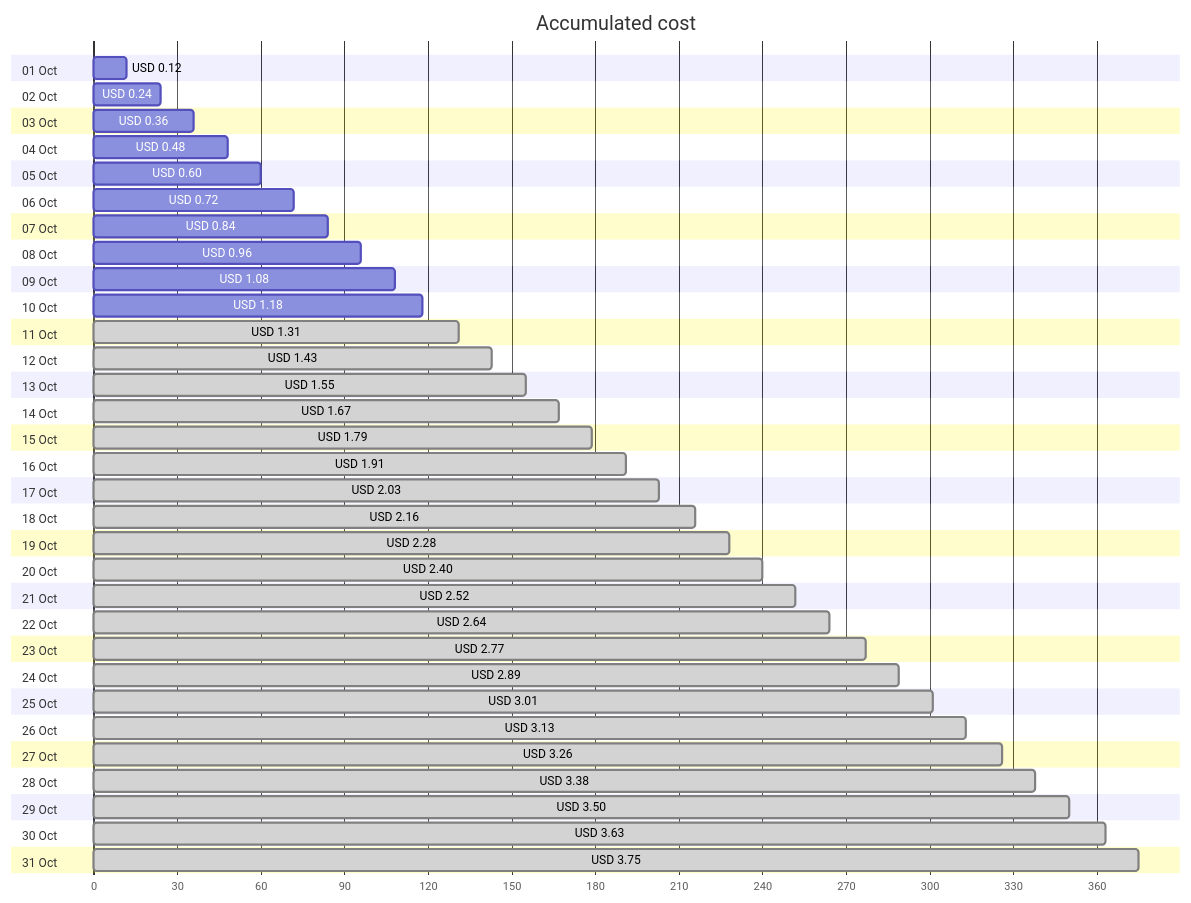
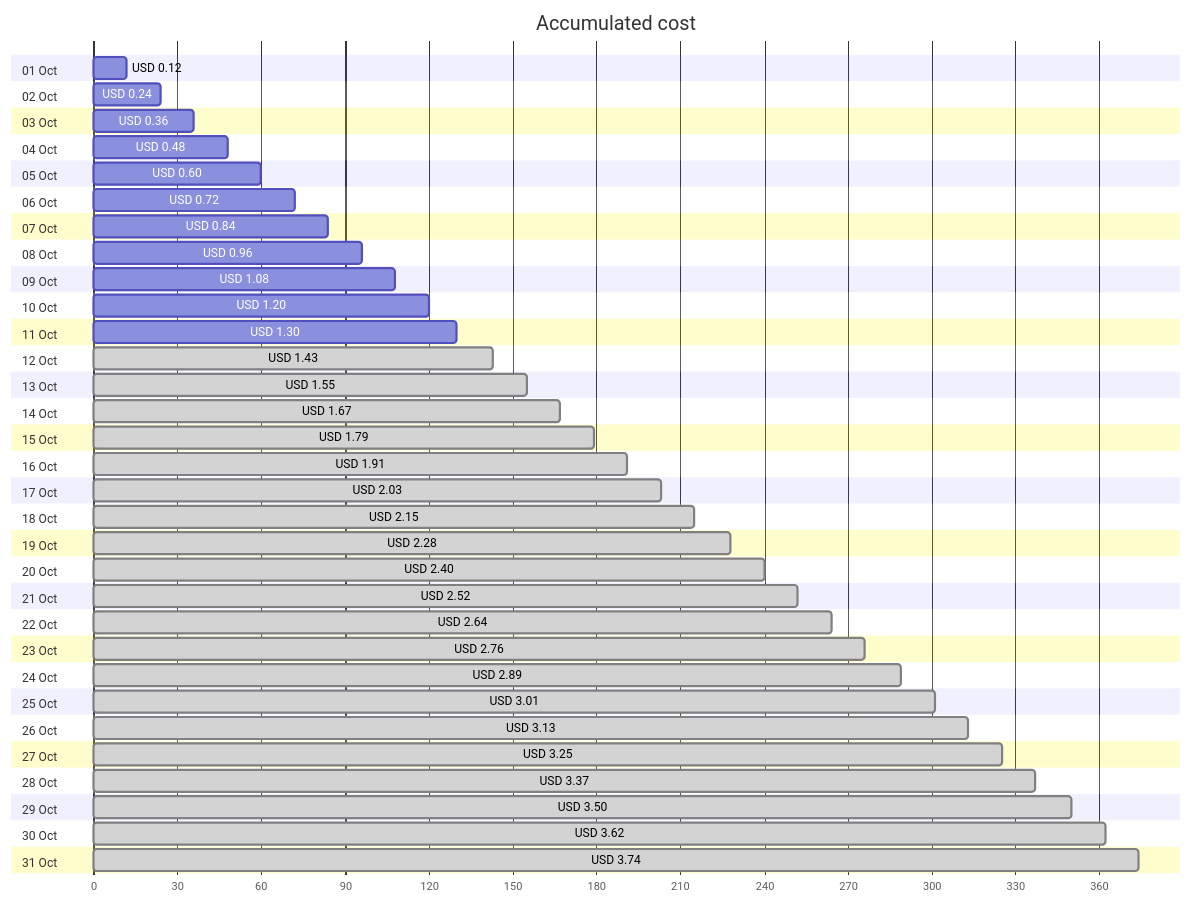
Before and after one commit to jpfulton/azure-personal-reports: the first of 4 diagrams in cost-reports/personal-network/backup-server-public-ip.md, drawn with Mermaid. The commit also changed other lines of this file and 8 other files, not shown here.

````diff
--- a/cost-reports/personal-network/backup-server-public-ip.md
+++ b/cost-reports/personal-network/backup-server-public-ip.md
@@ -20,68 +20,68 @@
 ```mermaid
 gantt
    title Accumulated cost
    dateFormat  X
    axisFormat %s
    section 01 Oct
    USD 0.12 :0, 12
    section 02 Oct
    USD 0.24 :0, 24
    section 03 Oct
    USD 0.36 :0, 36
    section 04 Oct
    USD 0.48 :0, 48
    section 05 Oct
    USD 0.60 :0, 60
    section 06 Oct
    USD 0.72 :0, 72
    section 07 Oct
    USD 0.84 :0, 84
    section 08 Oct
    USD 0.96 :0, 96
    section 09 Oct
    USD 1.08 :0, 108
    section 10 Oct
-   USD 1.18 :0, 118
+   USD 1.20 :0, 120
    section 11 Oct
-   USD 1.31 : done, 0, 131
+   USD 1.30 :0, 130
    section 12 Oct
    USD 1.43 : done, 0, 143
    section 13 Oct
    USD 1.55 : done, 0, 155
    section 14 Oct
    USD 1.67 : done, 0, 167
    section 15 Oct
    USD 1.79 : done, 0, 179
    section 16 Oct
    USD 1.91 : done, 0, 191
    section 17 Oct
    USD 2.03 : done, 0, 203
    section 18 Oct
-   USD 2.16 : done, 0, 216
+   USD 2.15 : done, 0, 215
    section 19 Oct
    USD 2.28 : done, 0, 228
    section 20 Oct
    USD 2.40 : done, 0, 240
    section 21 Oct
    USD 2.52 : done, 0, 252
    section 22 Oct
    USD 2.64 : done, 0, 264
    section 23 Oct
-   USD 2.77 : done, 0, 277
+   USD 2.76 : done, 0, 276
    section 24 Oct
    USD 2.89 : done, 0, 289
    section 25 Oct
    USD 3.01 : done, 0, 301
    section 26 Oct
    USD 3.13 : done, 0, 313
    section 27 Oct
-   USD 3.26 : done, 0, 326
+   USD 3.25 : done, 0, 325
    section 28 Oct
-   USD 3.38 : done, 0, 338
+   USD 3.37 : done, 0, 337
    section 29 Oct
    USD 3.50 : done, 0, 350
    section 30 Oct
-   USD 3.63 : done, 0, 363
+   USD 3.62 : done, 0, 362
    section 31 Oct
-   USD 3.75 : done, 0, 375
+   USD 3.74 : done, 0, 374
 ```
````
